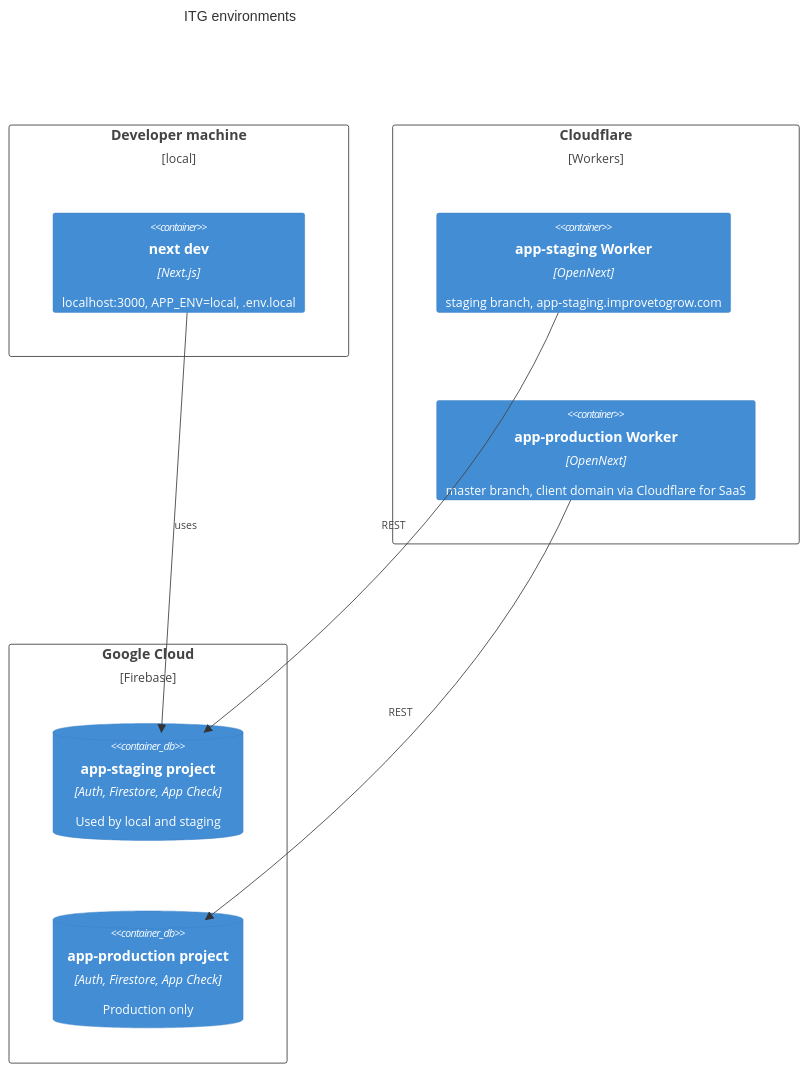
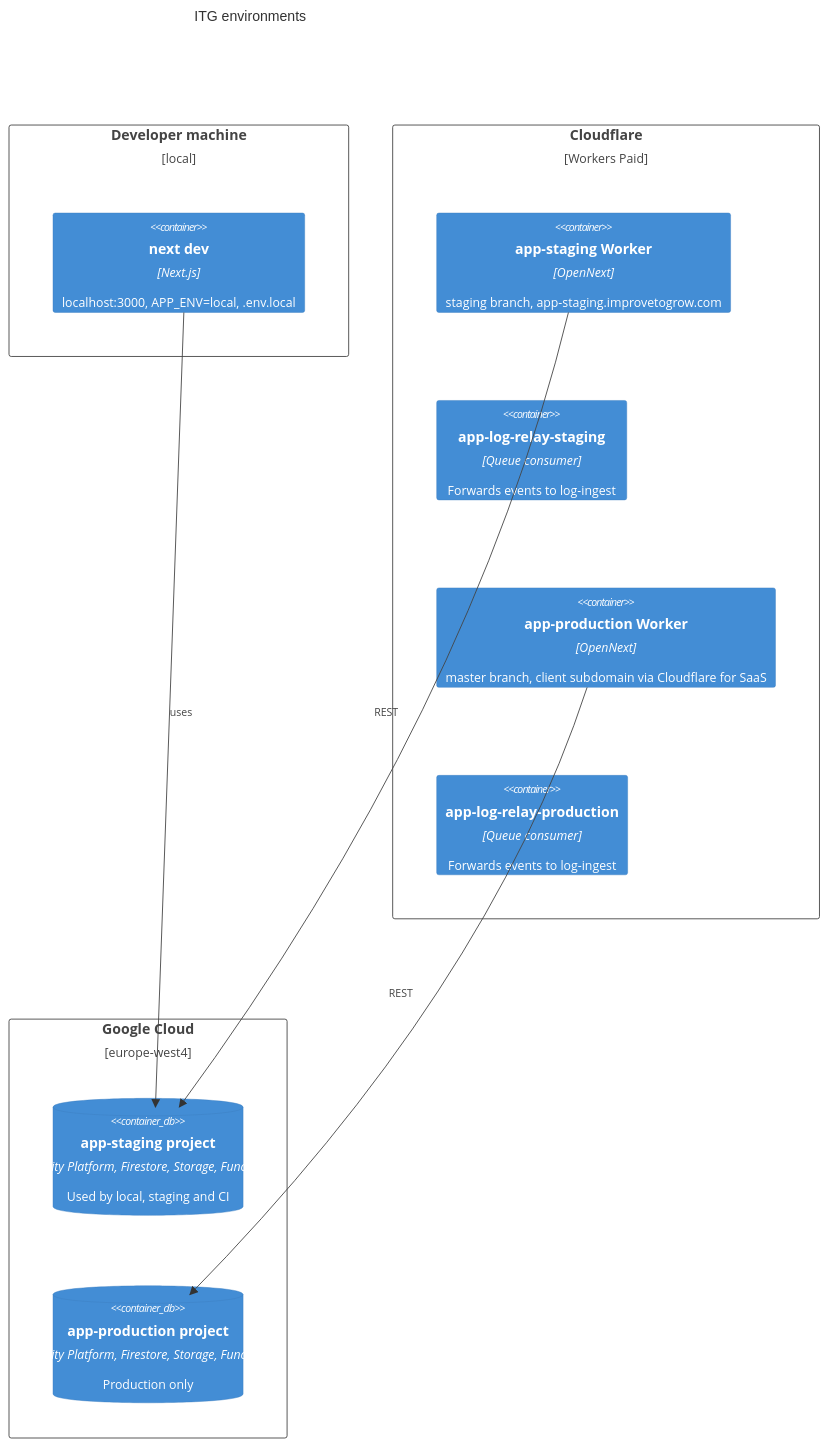
The second of 2 diagrams in src/templates/shared/steering/rules/itg/platform.md (Improve-To-Grow/MUSUBI), drawn with Mermaid before and after one commit. The commit also changed other lines of this file and 57 other files, not shown here.

````diff
--- a/src/templates/shared/steering/rules/itg/platform.md
+++ b/src/templates/shared/steering/rules/itg/platform.md
@@ -37,18 +35,20 @@
 ```mermaid
 C4Deployment
     title ITG environments
     Deployment_Node(dev, "Developer machine", "local") {
         Container(nextdev, "next dev", "Next.js", "localhost:3000, APP_ENV=local, .env.local")
     }
-    Deployment_Node(cf, "Cloudflare", "Workers") {
+    Deployment_Node(cf, "Cloudflare", "Workers Paid") {
         Container(wstg, "app-staging Worker", "OpenNext", "staging branch, app-staging.improvetogrow.com")
-        Container(wprd, "app-production Worker", "OpenNext", "master branch, client domain via Cloudflare for SaaS")
+        Container(rstg, "app-log-relay-staging", "Queue consumer", "Forwards events to log-ingest")
+        Container(wprd, "app-production Worker", "OpenNext", "master branch, client subdomain via Cloudflare for SaaS")
+        Container(rprd, "app-log-relay-production", "Queue consumer", "Forwards events to log-ingest")
     }
-    Deployment_Node(gcp, "Google Cloud", "Firebase") {
-        ContainerDb(fstg, "app-staging project", "Auth, Firestore, App Check", "Used by local and staging")
-        ContainerDb(fprd, "app-production project", "Auth, Firestore, App Check", "Production only")
+    Deployment_Node(gcp, "Google Cloud", "europe-west4") {
+        ContainerDb(fstg, "app-staging project", "Identity Platform, Firestore, Storage, Functions", "Used by local, staging and CI")
+        ContainerDb(fprd, "app-production project", "Identity Platform, Firestore, Storage, Functions", "Production only")
     }
     Rel(nextdev, fstg, "uses")
     Rel(wstg, fstg, "REST")
     Rel(wprd, fprd, "REST")
 ```
````
